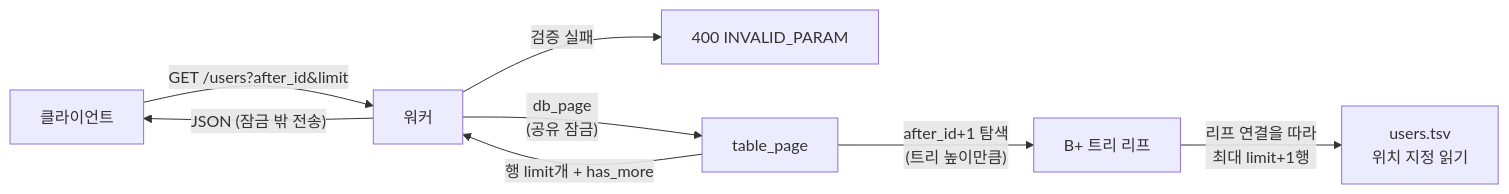
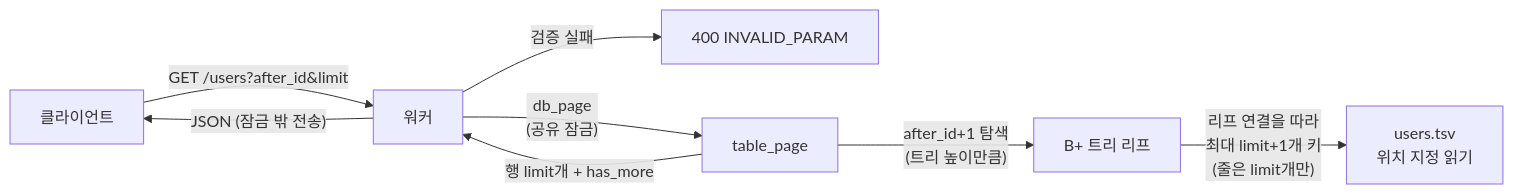
One commit to cocham/mini-dbms changed the diagram in docs/phase5/design.md. Above: the diagram before and after it, drawn with Mermaid. The commit also changed other lines of this file and 7 other files, not shown here.

````diff
--- a/docs/phase5/design.md
+++ b/docs/phase5/design.md
@@ -55,10 +55,10 @@
 ```mermaid
 flowchart LR
     C["클라이언트"] -->|"GET /users?after_id&limit"| W["워커"]
     W -->|"검증 실패"| E400["400 INVALID_PARAM"]
     W -->|"db_page<br/>(공유 잠금)"| P["table_page"]
     P -->|"after_id+1 탐색<br/>(트리 높이만큼)"| T["B+ 트리 리프"]
-    T -->|"리프 연결을 따라<br/>최대 limit+1행"| F["users.tsv<br/>위치 지정 읽기"]
+    T -->|"리프 연결을 따라<br/>최대 limit+1개 키<br/>(줄은 limit개만)"| F["users.tsv<br/>위치 지정 읽기"]
     P -->|"행 limit개 + has_more"| W
     W -->|"JSON (잠금 밖 전송)"| C
 ```
````
